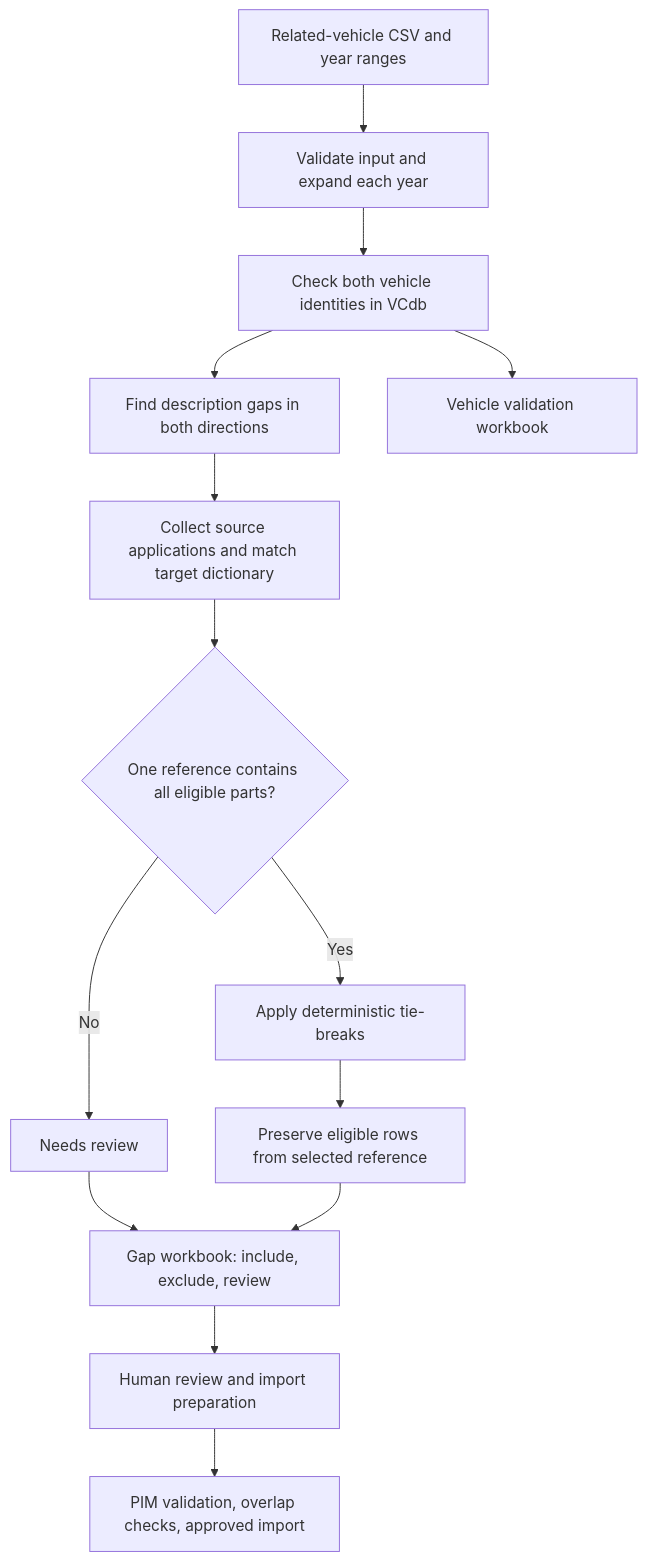
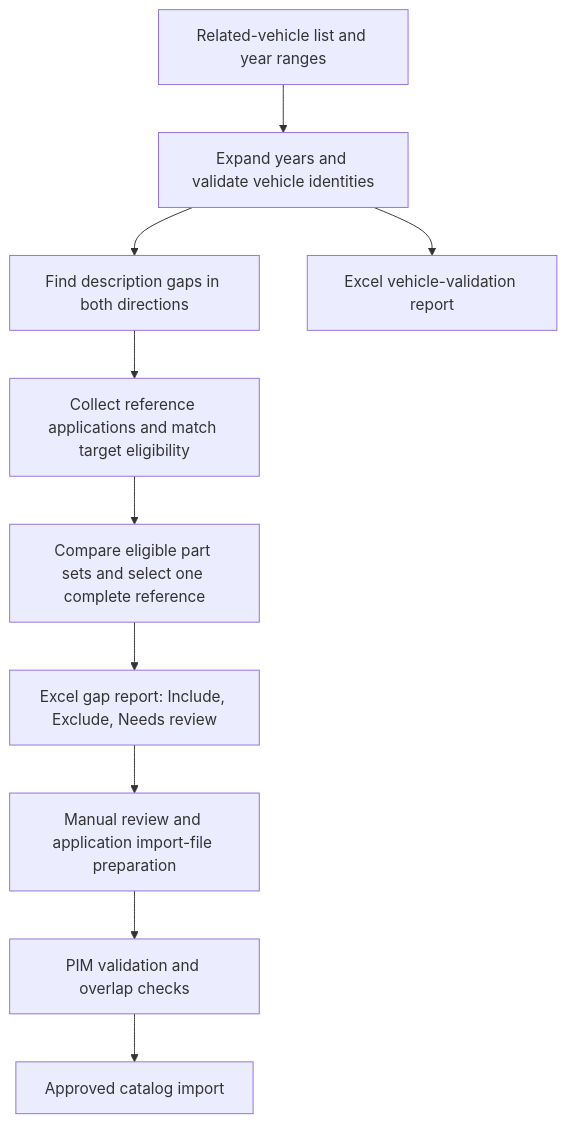
Before and after one commit to Kuvelet/SisterTwin-Vehicles: the diagram in README.md, drawn with Mermaid. The commit also changed other lines of this file and 45 other files, not shown here.

````diff
--- a/README.md
+++ b/README.md
@@ -43,16 +54,12 @@
 ```mermaid
 flowchart TD
-    A[Related-vehicle CSV and year ranges] --> B[Validate input and expand each year]
-    B --> C[Check both vehicle identities in VCdb]
-    C --> D[Find description gaps in both directions]
-    D --> E[Collect source applications and match target dictionary]
-    E --> F{One reference contains all eligible parts?}
-    F -->|No| G[Needs review]
-    F -->|Yes| H[Apply deterministic tie-breaks]
-    H --> I[Preserve eligible rows from selected reference]
-    C --> J[Vehicle validation workbook]
-    G --> K[Gap workbook: include, exclude, review]
-    I --> K
-    K --> L[Human review and import preparation]
-    L --> M[PIM validation, overlap checks, approved import]
+    A[Related-vehicle list and year ranges] --> B[Expand years and validate vehicle identities]
+    B --> C[Find description gaps in both directions]
+    C --> D[Collect reference applications and match target eligibility]
+    D --> E[Compare eligible part sets and select one complete reference]
+    B --> F[Excel vehicle-validation report]
+    E --> G[Excel gap report: Include, Exclude, Needs review]
+    G --> H[Manual review and application import-file preparation]
+    H --> I[PIM validation and overlap checks]
+    I --> J[Approved catalog import]
 ```
````
